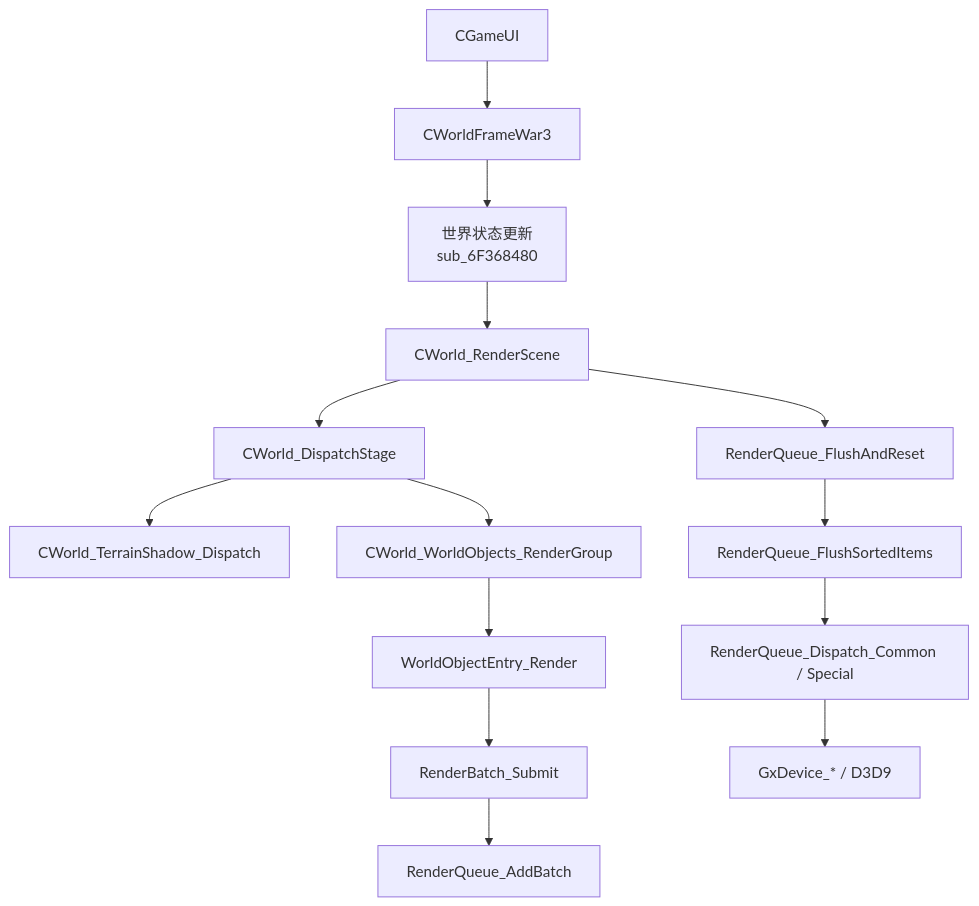
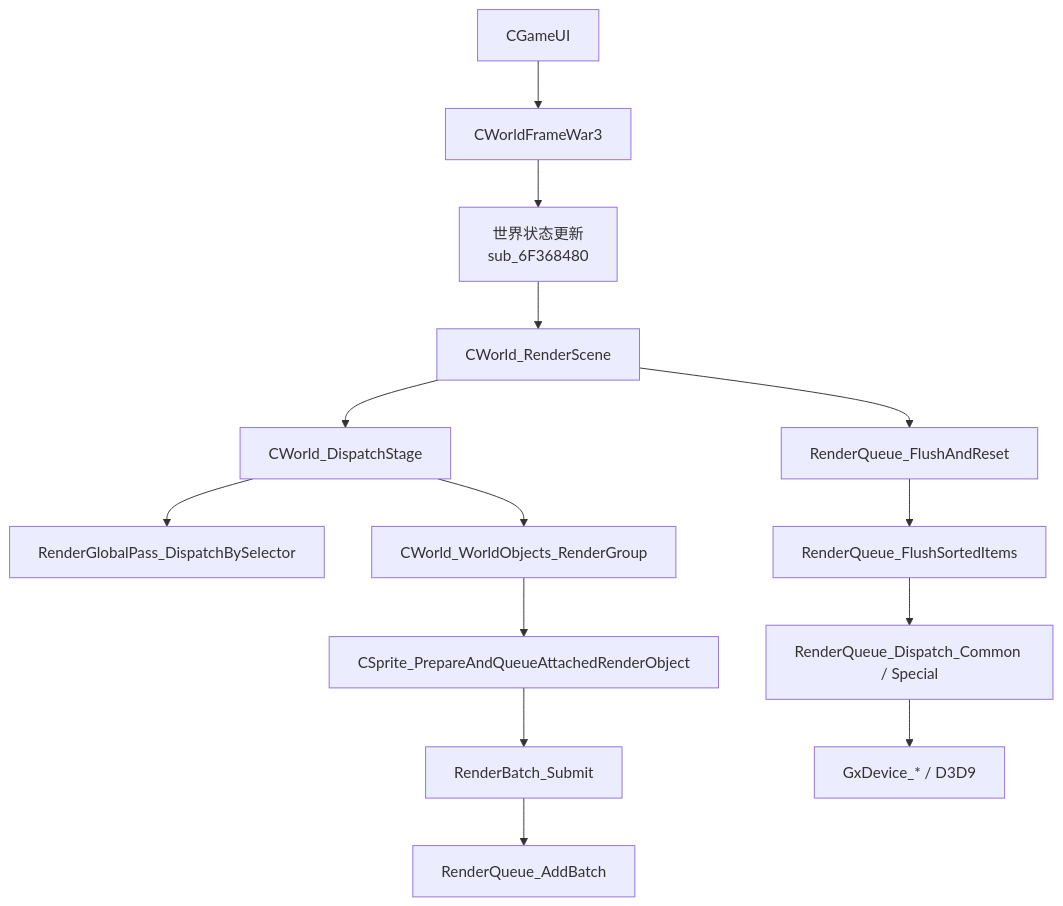
The first of 4 diagrams in docs/research/war3_render_issues/17_cworldframewar3_full_reverse/README.md (CallDisaster/War3VK), drawn with Mermaid before and after one commit. The commit also changed other lines of this file and 272 other files, not shown here.

````diff
--- a/docs/research/war3_render_issues/17_cworldframewar3_full_reverse/README.md
+++ b/docs/research/war3_render_issues/17_cworldframewar3_full_reverse/README.md
@@ -77,16 +90,16 @@
 ```mermaid
 flowchart TD
   A["CGameUI"] --> B["CWorldFrameWar3"]
   B --> C["世界状态更新<br/>sub_6F368480"]
   C --> D["CWorld_RenderScene"]
   D --> E["CWorld_DispatchStage"]
-  E --> F["CWorld_TerrainShadow_Dispatch"]
+  E --> F["RenderGlobalPass_DispatchBySelector"]
   E --> G["CWorld_WorldObjects_RenderGroup"]
-  G --> H["WorldObjectEntry_Render"]
+  G --> H["CSprite_PrepareAndQueueAttachedRenderObject"]
   H --> I["RenderBatch_Submit"]
   I --> J["RenderQueue_AddBatch"]
   D --> K["RenderQueue_FlushAndReset"]
   K --> L["RenderQueue_FlushSortedItems"]
   L --> M["RenderQueue_Dispatch_Common / Special"]
   M --> N["GxDevice_* / D3D9"]
 ```
````
